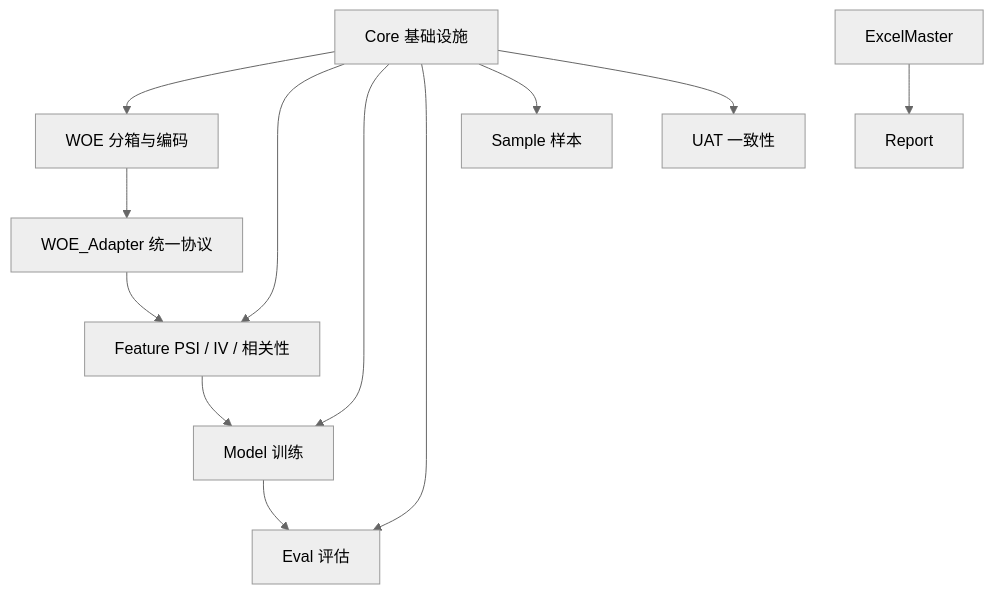
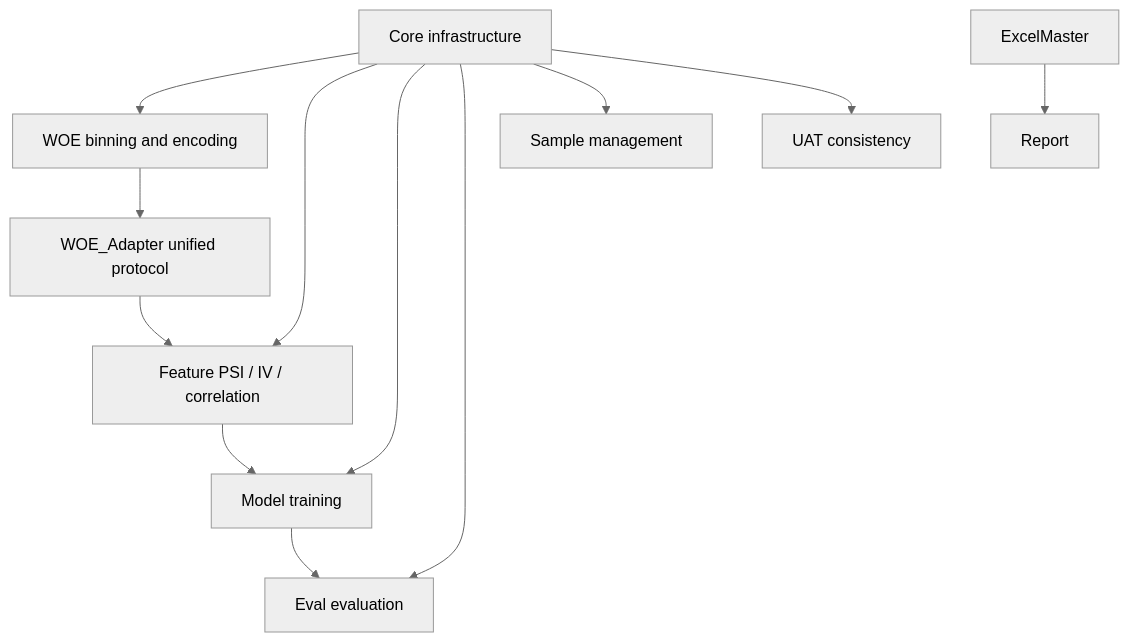
Before and after one commit to Kyle-J-Sun/SuperModelingFactory_doc: the diagram in docs/architecture.md, drawn with Mermaid (neutral theme). The commit also changed other lines of this file and 52 other files, not shown here.

````diff
--- a/docs/architecture.md
+++ b/docs/architecture.md
@@ -21,25 +21,25 @@
 ```mermaid
 flowchart TD
-    Core[Core 基础设施]
-    WOE[WOE 分箱与编码]
-    Adapter[WOE_Adapter 统一协议]
-    Feature[Feature PSI / IV / 相关性]
-    Model[Model 训练]
-    Eval[Eval 评估]
-    Sample[Sample 样本]
-    UAT[UAT 一致性]
+    Core[Core infrastructure]
+    WOE[WOE binning and encoding]
+    Adapter[WOE_Adapter unified protocol]
+    Feature[Feature PSI / IV / correlation]
+    Model[Model training]
+    Eval[Eval evaluation]
+    Sample[Sample management]
+    UAT[UAT consistency]
     Excel[ExcelMaster]
     Report[Report]
 
     Core --> WOE
     Core --> Feature
     Core --> Model
     Core --> Eval
     Core --> Sample
     Core --> UAT
     WOE --> Adapter
     Adapter --> Feature
     Feature --> Model
     Model --> Eval
     Excel --> Report
 ```
````
